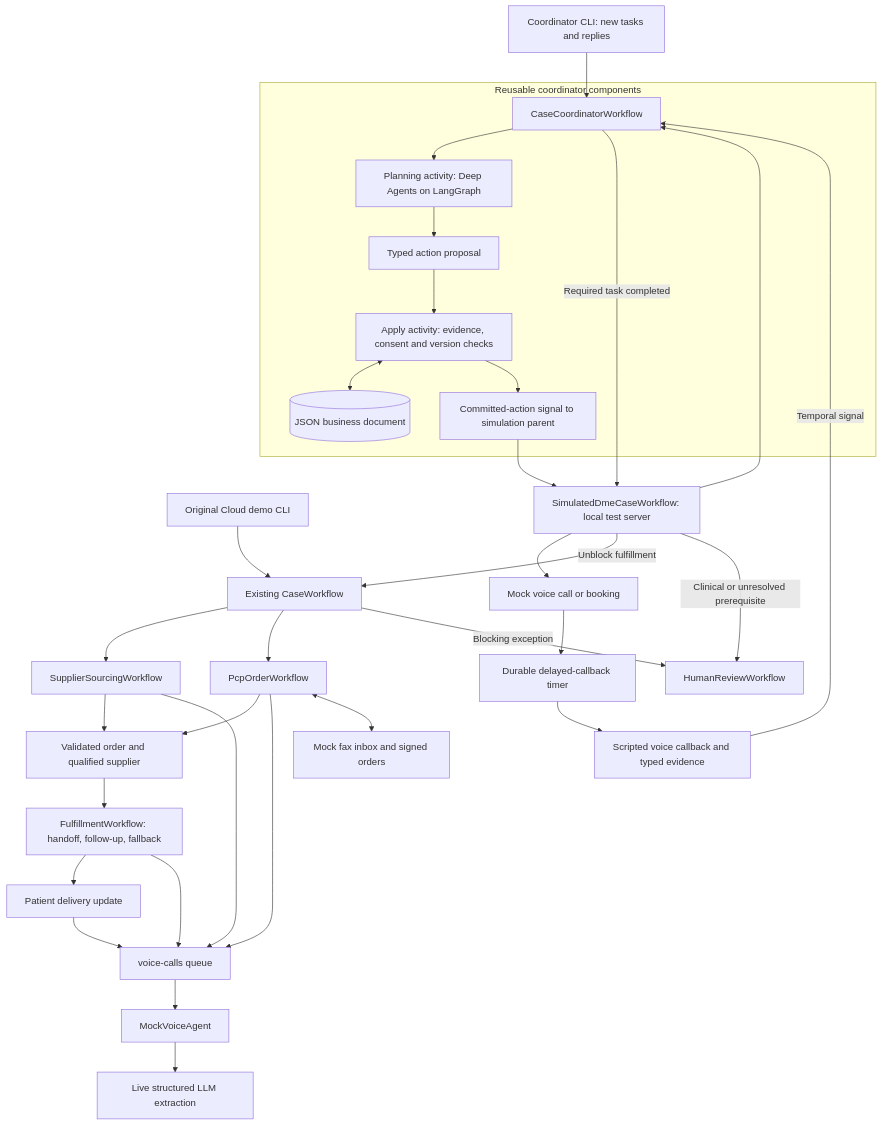
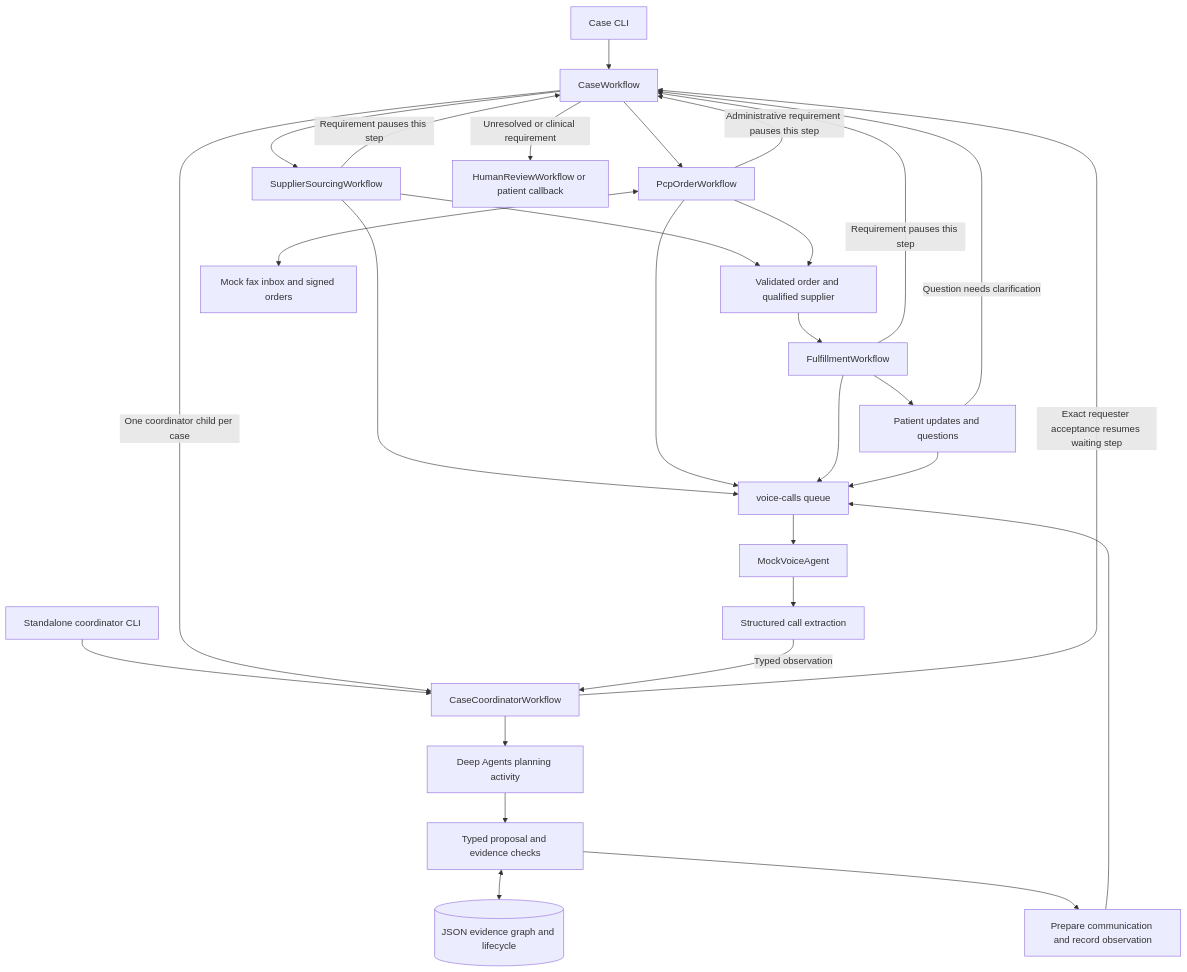
One commit to ashutosh-iitg/mira-dme-coordination changed the first of 2 diagrams in ARCHITECTURE.md. Above: the diagram before and after it, drawn with Mermaid. The commit also changed other lines of this file and 39 other files, not shown here.

First line of the commit message:
feat: coordinate supplier, PCP and patient requirements inside the real case

````diff
--- a/ARCHITECTURE.md
+++ b/ARCHITECTURE.md
@@ -7,39 +7,31 @@
 ```mermaid
 flowchart TB
-    CLI[Original Cloud demo CLI] --> CASE
-    STANDALONE[Coordinator CLI: new tasks and replies] --> COORD
-
-    ROOT[SimulatedDmeCaseWorkflow: local test server] --> COORD
-    subgraph AGENT[Reusable coordinator components]
-        COORD[CaseCoordinatorWorkflow]
-        COORD --> PLAN[Planning activity: Deep Agents on LangGraph]
-        PLAN --> PROPOSAL[Typed action proposal]
-        PROPOSAL --> APPLY[Apply activity: evidence, consent and version checks]
-        APPLY <--> DOC[(JSON business document)]
-        APPLY --> NOTICE[Committed-action signal to simulation parent]
-    end
-
-    NOTICE --> ROOT
-    ROOT --> MOCK[Mock voice call or booking]
-    MOCK --> TIMER[Durable delayed-callback timer]
-    TIMER --> INBOX[Scripted voice callback and typed evidence]
-    INBOX -->|Temporal signal| COORD
-    COORD -->|Required task completed| ROOT
-    ROOT -->|Unblock fulfillment| CASE[Existing CaseWorkflow]
-    ROOT -->|Clinical or unresolved prerequisite| HUMAN[HumanReviewWorkflow]
-
+    CLI[Case CLI] --> CASE[CaseWorkflow]
+    STANDALONE[Standalone coordinator CLI] --> COORD
     CASE --> SOURCING[SupplierSourcingWorkflow]
     CASE --> ORDER[PcpOrderWorkflow]
     SOURCING --> MATCH[Validated order and qualified supplier]
     ORDER --> MATCH
-    MATCH --> FULFILL[FulfillmentWorkflow: handoff, follow-up, fallback]
-    FULFILL --> UPDATE[Patient delivery update]
-    SOURCING --> CALLS[voice-calls queue]
+    MATCH --> FULFILL[FulfillmentWorkflow]
+    FULFILL --> UPDATE[Patient updates and questions]
+    SOURCING -->|Requirement pauses this step| CASE
+    ORDER -->|Administrative requirement pauses this step| CASE
+    UPDATE -->|Question needs clarification| CASE
+    FULFILL -->|Requirement pauses this step| CASE
+    CASE -->|One coordinator child per case| COORD[CaseCoordinatorWorkflow]
+    COORD --> PLAN[Deep Agents planning activity]
+    PLAN --> APPLY[Typed proposal and evidence checks]
+    APPLY <--> DOC[(JSON evidence graph and lifecycle)]
+    APPLY --> COMM[Prepare communication and record observation]
+    COMM --> CALLS[voice-calls queue]
+    SOURCING --> CALLS
     ORDER --> CALLS
     FULFILL --> CALLS
     UPDATE --> CALLS
     CALLS --> VOICE[MockVoiceAgent]
-    VOICE --> EXTRACT[Live structured LLM extraction]
+    VOICE --> EXTRACT[Structured call extraction]
+    EXTRACT -->|Typed observation| COORD
+    COORD -->|Exact requester acceptance resumes waiting step| CASE
     ORDER <--> FAX[Mock fax inbox and signed orders]
-    CASE -->|Blocking exception| HUMAN
+    CASE -->|Unresolved or clinical requirement| HUMAN[HumanReviewWorkflow or patient callback]
 ```
````
